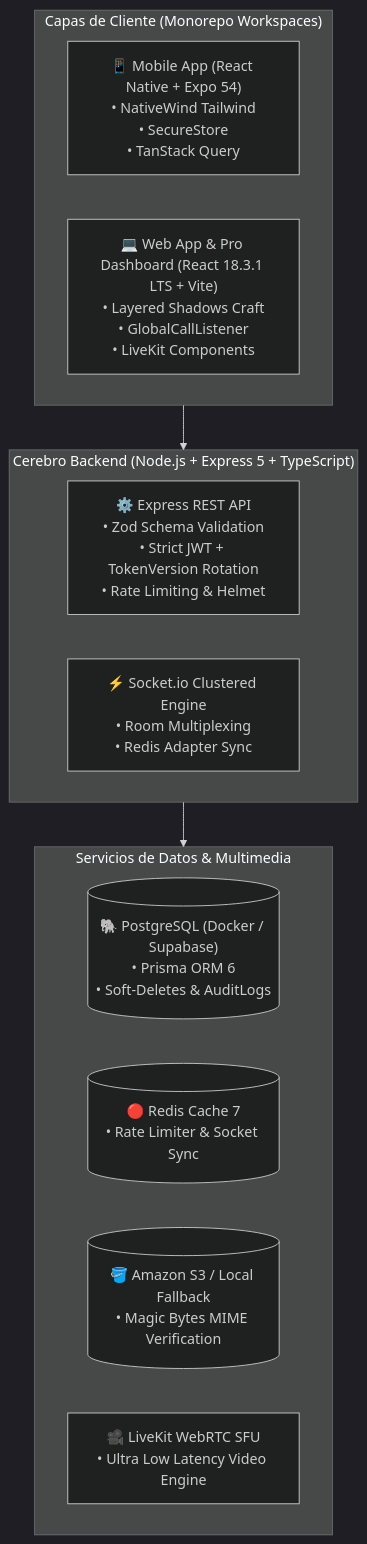
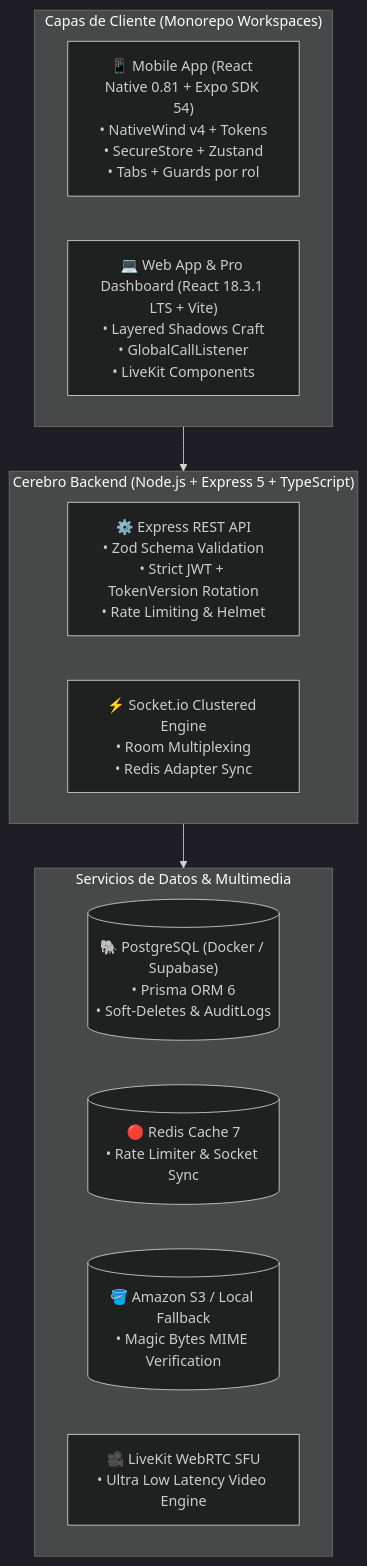
The diagram in README.md (grupo-pinnacle/VetConnect), drawn with Mermaid (dark theme) before and after one commit. The commit also changed other lines of this file, not shown here.

````diff
--- a/README.md
+++ b/README.md
@@ -72,22 +72,22 @@
 ```mermaid
 flowchart TB
     subgraph Frontend["Capas de Cliente (Monorepo Workspaces)"]
-        Mobile["📱 Mobile App (React Native + Expo 54)\n• NativeWind Tailwind\n• SecureStore\n• TanStack Query"]
+        Mobile["📱 Mobile App (React Native 0.81 + Expo SDK 54)\n• NativeWind v4 + Tokens\n• SecureStore + Zustand\n• Tabs + Guards por rol"]
         WebClient["💻 Web App & Pro Dashboard (React 18.3.1 LTS + Vite)\n• Layered Shadows Craft\n• GlobalCallListener\n• LiveKit Components"]
     end
 
     subgraph Backend["Cerebro Backend (Node.js + Express 5 + TypeScript)"]
         API["⚙️ Express REST API\n• Zod Schema Validation\n• Strict JWT + TokenVersion Rotation\n• Rate Limiting & Helmet"]
         SocketEngine["⚡ Socket.io Clustered Engine\n• Room Multiplexing\n• Redis Adapter Sync"]
     end
 
     subgraph DataLayer["Servicios de Datos & Multimedia"]
         PostgreSQL[("🐘 PostgreSQL (Docker / Supabase)\n• Prisma ORM 6\n• Soft-Deletes & AuditLogs")]
         RedisCache[("🔴 Redis Cache 7\n• Rate Limiter & Socket Sync")]
         S3Bucket[("🪣 Amazon S3 / Local Fallback\n• Magic Bytes MIME Verification")]
         LiveKitServer["🎥 LiveKit WebRTC SFU\n• Ultra Low Latency Video Engine"]
     end
 
     Frontend --> Backend
     Backend --> DataLayer
 ```
````
